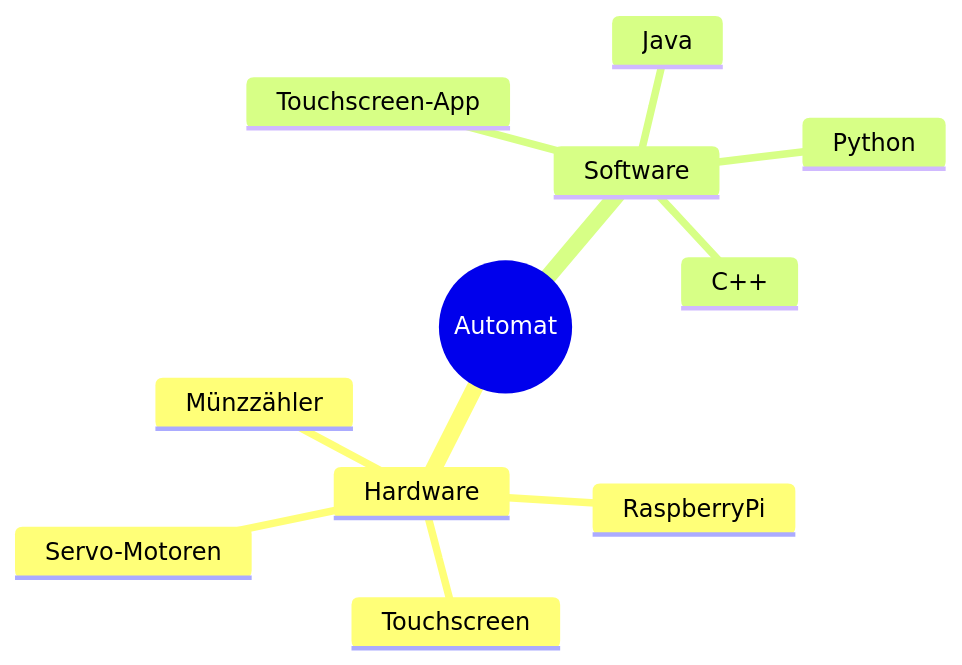
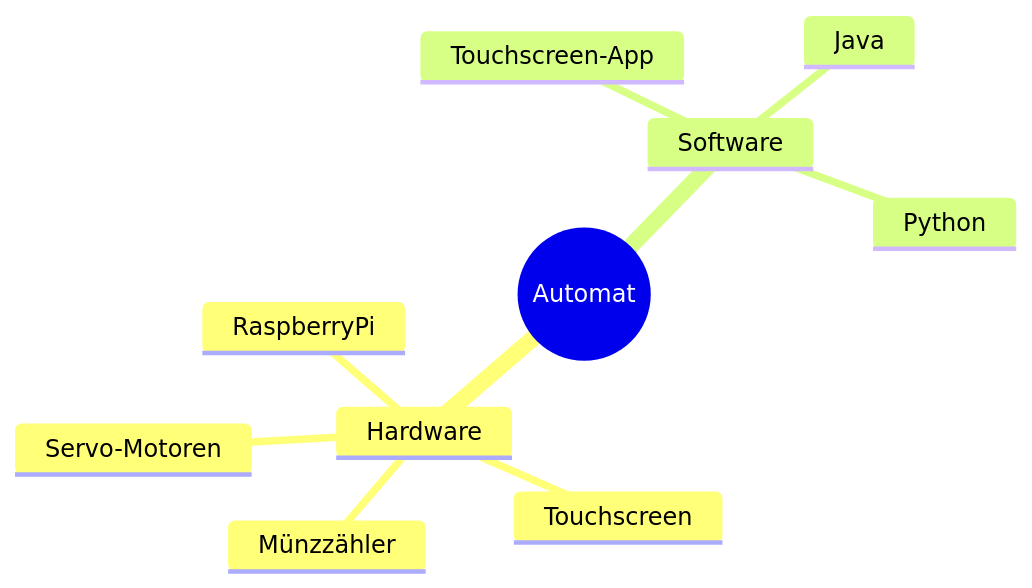
Before and after one commit to Darabrob/Projekt_Automat: the diagram in README.md, drawn with Mermaid.

````diff
--- a/README.md
+++ b/README.md
@@ -3,16 +3,16 @@
 ```mermaid
 mindmap
   root((Automat))
     Hardware
       RaspberryPi
       Touchscreen
       Münzzähler
       Servo-Motoren
     Software
       Touchscreen-App
       Java
       Python
-      C++
+      
     
 
 ```
````
